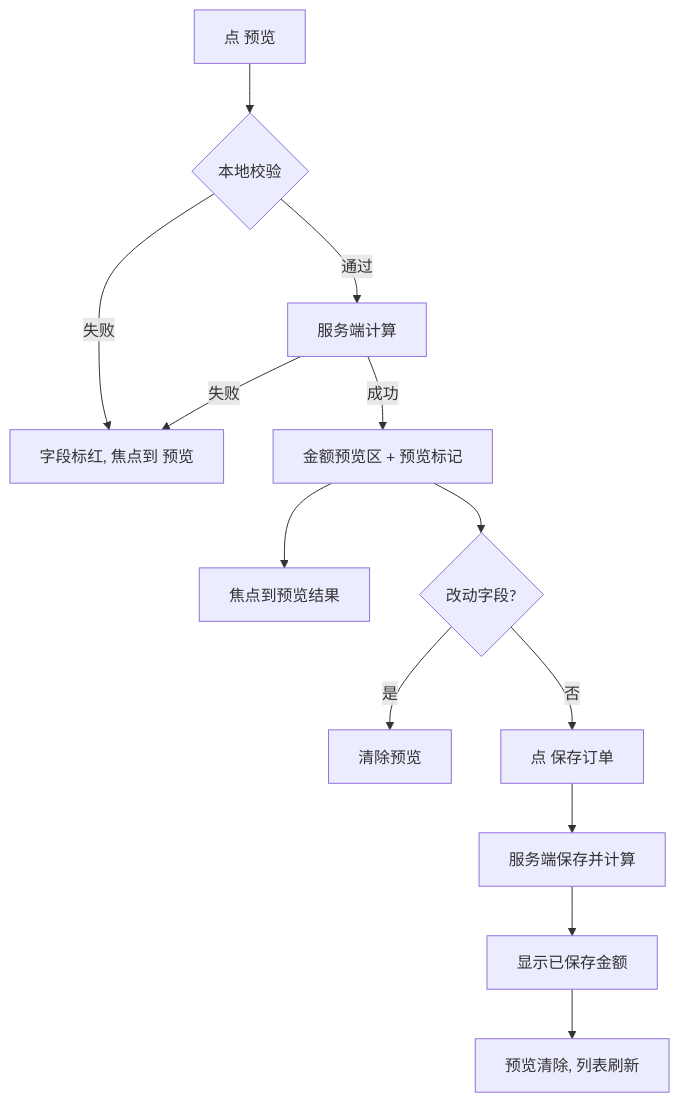
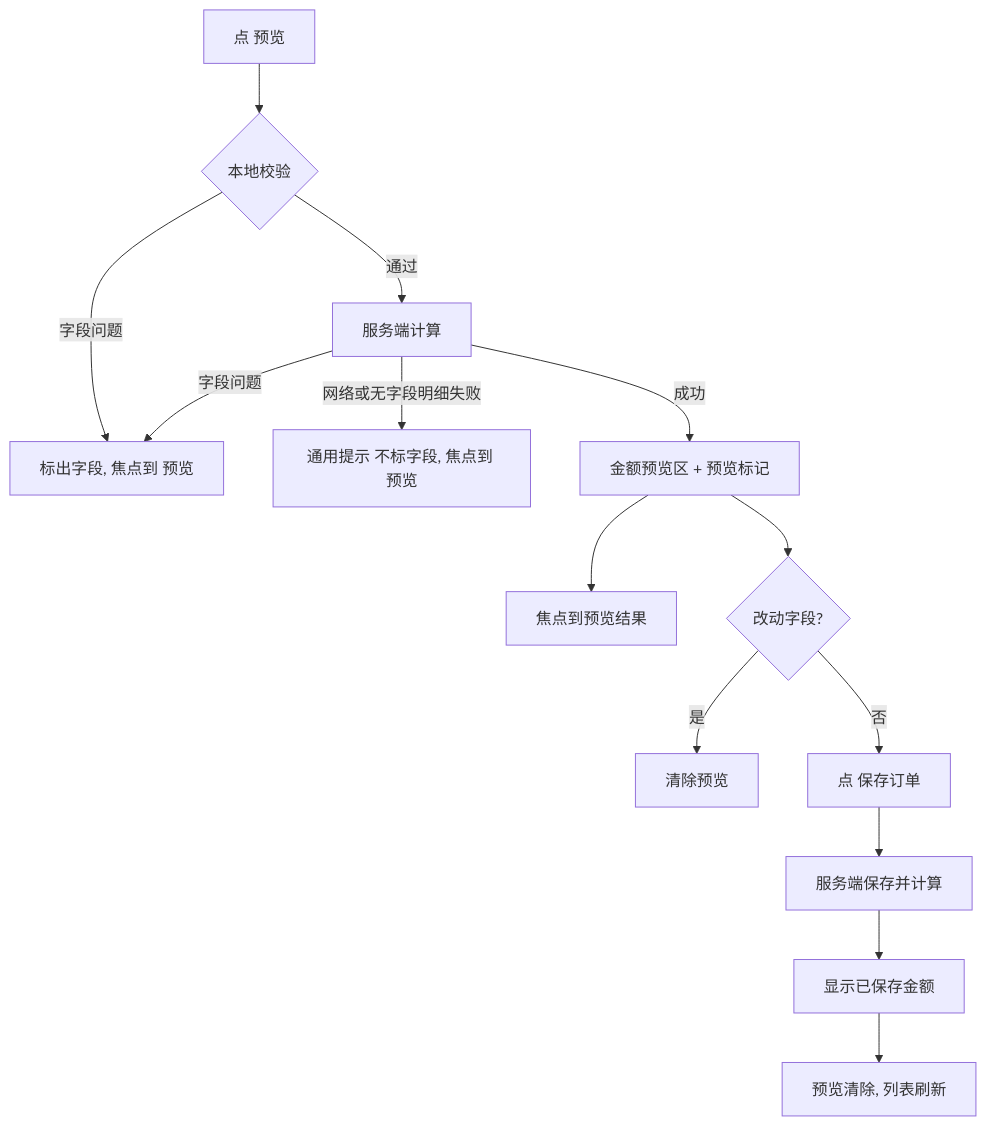
One commit to lingshf/ai-native-erp changed the second of 3 diagrams in docs/flows/trade-order-flow.md. Above: the diagram before and after it, drawn with Mermaid. The commit also changed 3 other files, not shown here.

````diff
--- a/docs/flows/trade-order-flow.md
+++ b/docs/flows/trade-order-flow.md
@@ -29,15 +29,16 @@
 ```mermaid
 flowchart TD
   A[点 预览] --> B{本地校验}
-  B -- 失败 --> C[字段标红, 焦点到 预览]
+  B -- 字段问题 --> C[标出字段, 焦点到 预览]
   B -- 通过 --> D[服务端计算]
-  D -- 失败 --> C
+  D -- 字段问题 --> C
+  D -- 网络或无字段明细失败 --> N[通用提示 不标字段, 焦点到 预览]
   D -- 成功 --> E[金额预览区 + 预览标记]
   E --> F[焦点到预览结果]
   E --> G{改动字段?}
   G -- 是 --> H[清除预览]
   G -- 否 --> I[点 保存订单]
   I --> J[服务端保存并计算]
   J --> K[显示已保存金额]
   K --> L[预览清除, 列表刷新]
 ```
````
